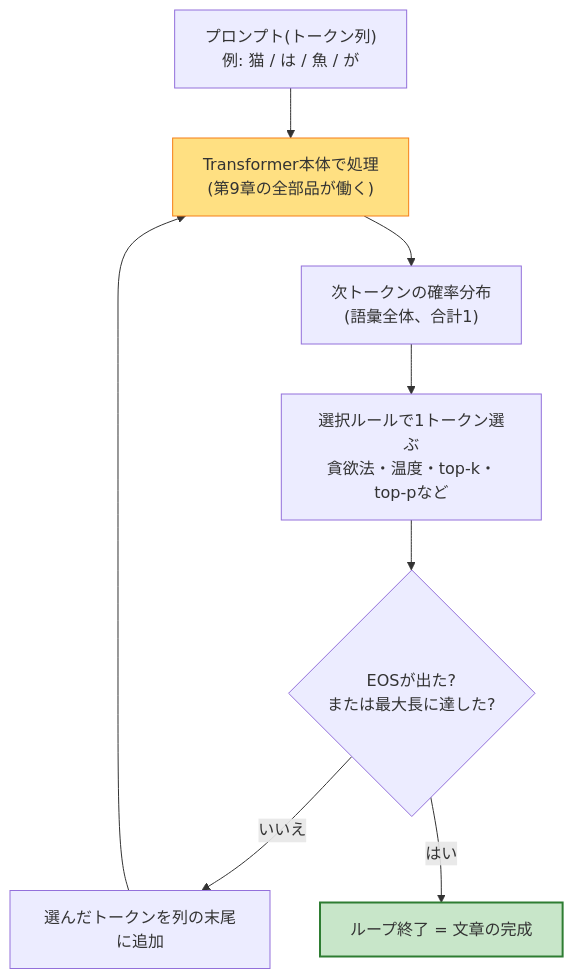
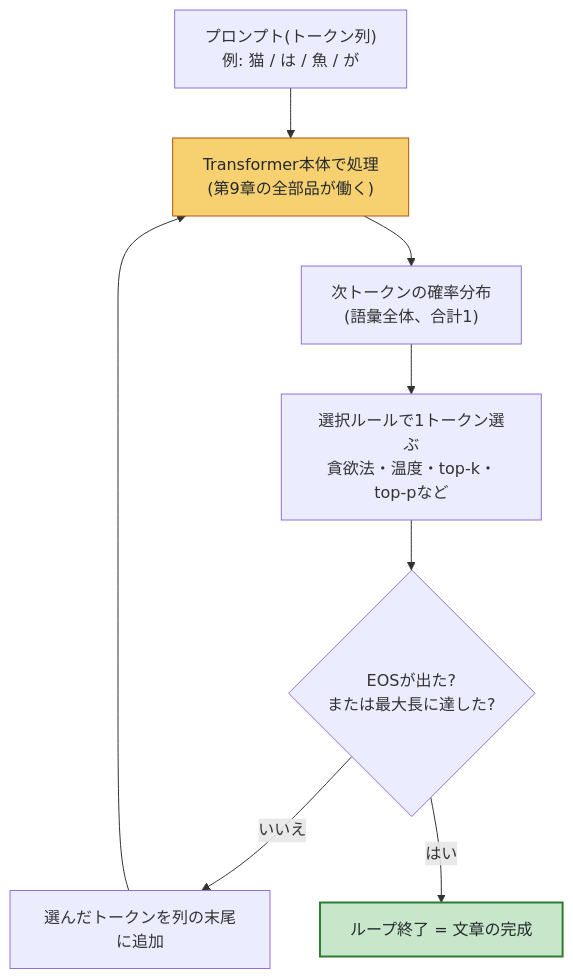
The diagram in 14-text-generation.md (shin4488/learning-transformer), drawn with Mermaid before and after one commit. The commit also changed other lines of this file and 16 other files, not shown here.

````diff
--- a/14-text-generation.md
+++ b/14-text-generation.md
@@ -58,12 +58,12 @@
 ```mermaid
 graph TD
     A["プロンプト(トークン列)<br>例: 猫 / は / 魚 / が"] --> B["Transformer本体で処理<br>(第9章の全部品が働く)"]
     B --> C["次トークンの確率分布<br>(語彙全体、合計1)"]
     C --> D["選択ルールで1トークン選ぶ<br>貪欲法・温度・top-k・top-pなど"]
     D --> E{"EOSが出た?<br>または最大長に達した?"}
     E -- "いいえ" --> F["選んだトークンを列の末尾に追加"]
     F --> B
     E -- "はい" --> G["ループ終了 = 文章の完成"]
-    style B fill:#ffe082,stroke:#f57f17
-    style G fill:#c8e6c9,stroke:#2e7d32,stroke-width:2px
+    style B fill:#f7d070,stroke:#b45309,color:#24292f
+    style G fill:#c8e6c9,stroke:#2e7d32,stroke-width:2px,color:#24292f
 ```
````
